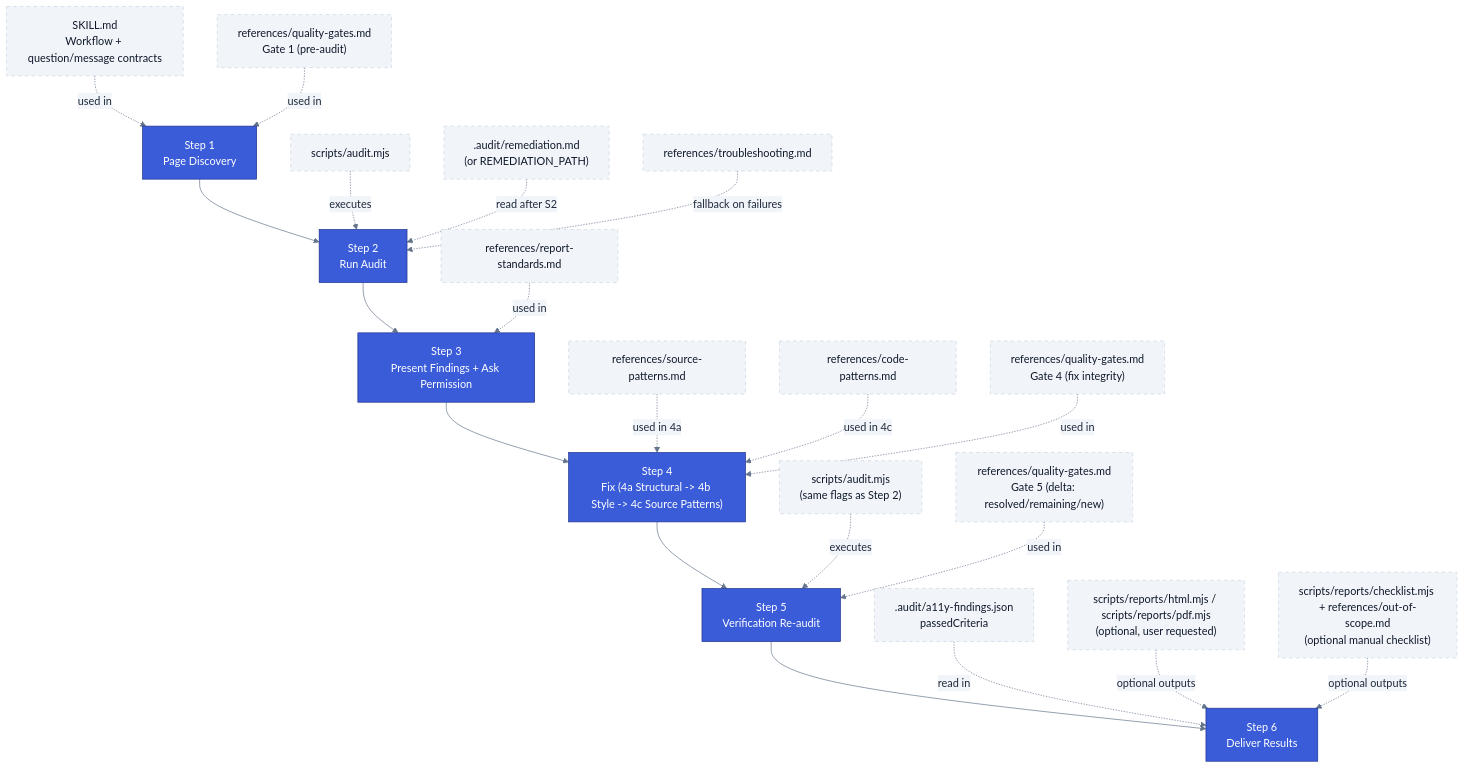
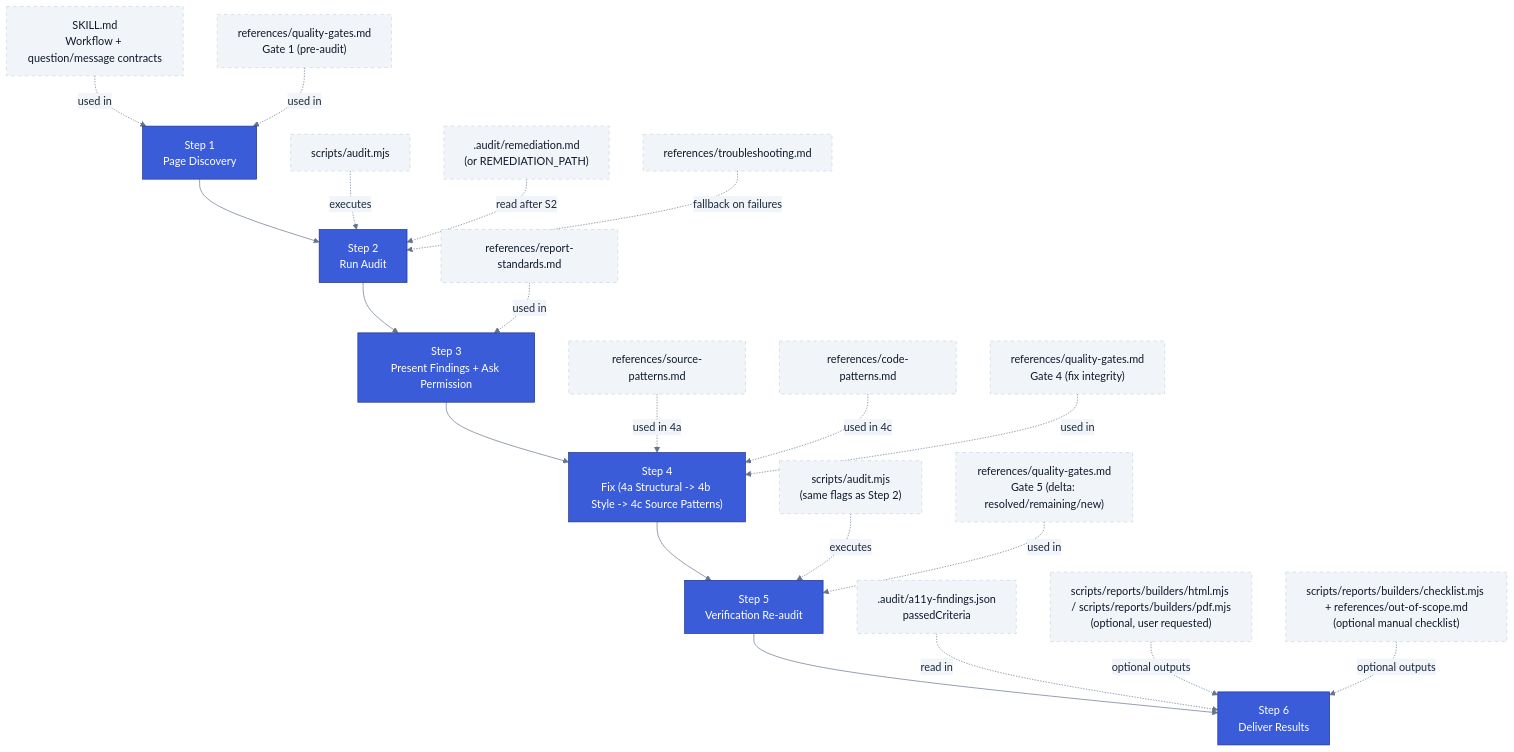
Before and after one commit to diegovelasquezweb/a11y-skill: the first of 2 diagrams in docs/engine-manifest.md, drawn with Mermaid. The commit also changed other lines of this file and 7 other files, not shown here.

Commit message:
refactor: relocate report generation scripts into a dedicated builders subdirectory and update all references.

````diff
--- a/docs/engine-manifest.md
+++ b/docs/engine-manifest.md
@@ -83,30 +83,30 @@
 ```mermaid
 %%{init: { 'theme': 'base', 'themeVariables': { 'primaryColor': '#3b5cd9', 'primaryTextColor': '#1e293b', 'primaryBorderColor': '#1e308a', 'lineColor': '#64748b', 'secondaryColor': '#f1f5f9', 'tertiaryColor': '#fff', 'mainBkg': '#fff', 'nodeBorder': '#e2e8f0' } } }%%
 flowchart TD
     S1["Step 1<br/>Page Discovery"] --> S2["Step 2<br/>Run Audit"]
     S2 --> S3["Step 3<br/>Present Findings + Ask Permission"]
     S3 --> S4["Step 4<br/>Fix (4a Structural -> 4b Style -> 4c Source Patterns)"]
     S4 --> S5["Step 5<br/>Verification Re-audit"]
     S5 --> S6["Step 6<br/>Deliver Results"]
 
     F1["SKILL.md<br/>Workflow + question/message contracts"] -.used in.-> S1
     F2["references/quality-gates.md<br/>Gate 1 (pre-audit)"] -.used in.-> S1
     F3["scripts/audit.mjs"] -.executes.-> S2
     F4[".audit/remediation.md<br/>(or REMEDIATION_PATH)"] -.read after S2.-> S2
     F5["references/troubleshooting.md"] -.fallback on failures.-> S2
     F6["references/report-standards.md"] -.used in.-> S3
     F7["references/source-patterns.md"] -.used in 4a.-> S4
     F8["references/code-patterns.md"] -.used in 4c.-> S4
     F9["references/quality-gates.md<br/>Gate 4 (fix integrity)"] -.used in.-> S4
     F10["scripts/audit.mjs<br/>(same flags as Step 2)"] -.executes.-> S5
     F11["references/quality-gates.md<br/>Gate 5 (delta: resolved/remaining/new)"] -.used in.-> S5
     F12[".audit/a11y-findings.json<br/>passedCriteria"] -.read in.-> S6
-    F13["scripts/reports/html.mjs / scripts/reports/pdf.mjs<br/>(optional, user requested)"] -.optional outputs.-> S6
-    F14["scripts/reports/checklist.mjs + references/out-of-scope.md<br/>(optional manual checklist)"] -.optional outputs.-> S6
+    F13["scripts/reports/builders/html.mjs / scripts/reports/builders/pdf.mjs<br/>(optional, user requested)"] -.optional outputs.-> S6
+    F14["scripts/reports/builders/checklist.mjs + references/out-of-scope.md<br/>(optional manual checklist)"] -.optional outputs.-> S6
 
     classDef step fill:#3b5cd9,color:#fff,stroke:#1e308a;
     classDef file fill:#f1f5f9,color:#0f172a,stroke:#cbd5e1,stroke-dasharray: 5 5;
 
     class S1,S2,S3,S4,S5,S6 step;
     class F1,F2,F3,F4,F5,F6,F7,F8,F9,F10,F11,F12,F13,F14 file;
 ```
````
